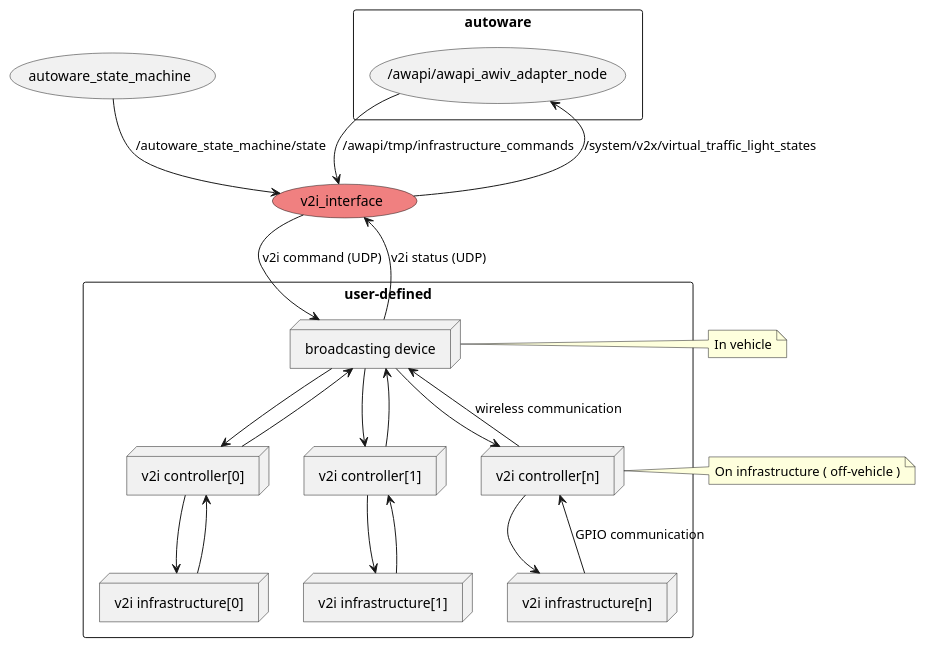
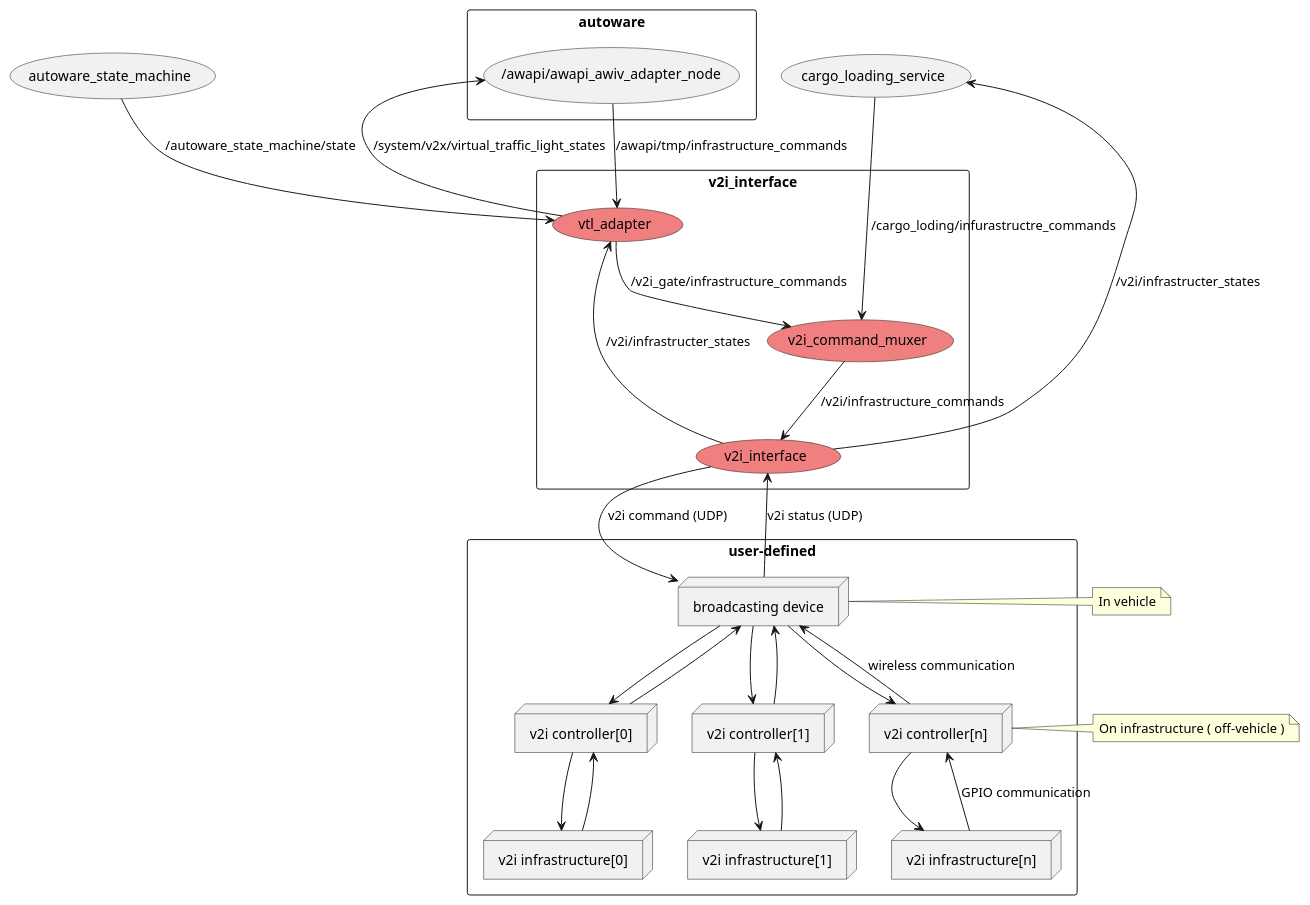
One commit to sfukuta/v2i_interface changed the diagram in docs/node_graph.pu. Above: the diagram before and after it, drawn with PlantUML.

Commit message:
update node graph

```diff
--- a/docs/node_graph.pu
+++ b/docs/node_graph.pu
@@ -1,43 +1,53 @@
 @startuml
 
 rectangle autoware {
   usecase "/awapi/awapi_awiv_adapter_node"
 }
 usecase "autoware_state_machine"
+rectangle "v2i_interface" as v2i {
 usecase "v2i_interface" #LightCoral
+usecase "v2i_command_muxer" #LightCoral
+usecase "vtl_adapter" #LightCoral
+} 
 rectangle user-defined {
   node "broadcasting device"
   node "v2i controller[0]" as v2ictl_0
   node "v2i controller[1]" as v2ictl_1
   node "v2i controller[n]" as v2ictl_n
   node "v2i infrastructure[0]" as v2ihw_0
   node "v2i infrastructure[1]" as v2ihw_1
   node "v2i infrastructure[n]" as v2ihw_n
 }
+usecase "cargo_loading_service"
 
-(/awapi/awapi_awiv_adapter_node) --> (v2i_interface) : /awapi/tmp/infrastructure_commands
-(/awapi/awapi_awiv_adapter_node) <-- (v2i_interface) : /system/v2x/virtual_traffic_light_states
-(autoware_state_machine) --> (v2i_interface) : /autoware_state_machine/state
+(/awapi/awapi_awiv_adapter_node) --> (vtl_adapter) : /awapi/tmp/infrastructure_commands
+(/awapi/awapi_awiv_adapter_node) <-- (vtl_adapter) : /system/v2x/virtual_traffic_light_states
+(autoware_state_machine) --> (vtl_adapter) : /autoware_state_machine/state
+(cargo_loading_service) ---> (v2i_command_muxer) : /cargo_loding/infurastructre_commands
+(vtl_adapter) --> (v2i_command_muxer) : /v2i_gate/infrastructure_commands
+(v2i_command_muxer) --> (v2i_interface) : /v2i/infrastructure_commands
+(vtl_adapter) <-- (v2i_interface) :/v2i/infrastructer_states
+(cargo_loading_service) <-- (v2i_interface) :/v2i/infrastructer_states
 (v2i_interface) --> (broadcasting device) : v2i command (UDP)
 (v2i_interface) <-- (broadcasting device) : v2i status (UDP)
 (broadcasting device) --> (v2ictl_0)
 (broadcasting device) <-- (v2ictl_0)
 (broadcasting device) --> (v2ictl_1)
 (broadcasting device) <-- (v2ictl_1)
 (broadcasting device) --> (v2ictl_n)
 (broadcasting device) <-- (v2ictl_n) : wireless communication
 
 (v2ictl_0) -[hidden] (v2ictl_1)
 (v2ictl_1) -[hidden] (v2ictl_n)
 
 (v2ictl_0) --> (v2ihw_0)
 (v2ictl_0) <-- (v2ihw_0)
 (v2ictl_1) --> (v2ihw_1)
 (v2ictl_1) <-- (v2ihw_1)
 (v2ictl_n) --> (v2ihw_n)
 (v2ictl_n) <-- (v2ihw_n) : GPIO communication
 
 note right of "broadcasting device" : In vehicle
 note right of v2ictl_n : On infrastructure ( off-vehicle )
 
 @enduml
```
